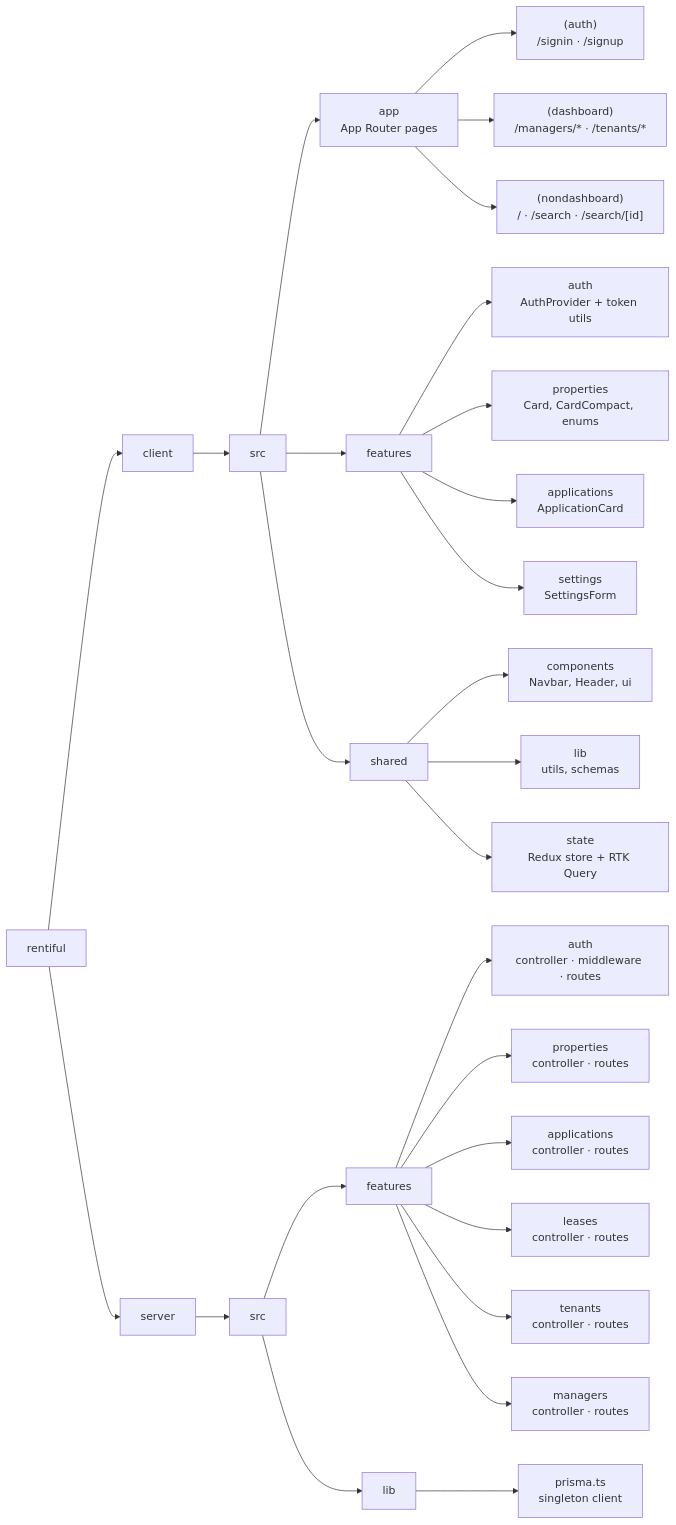
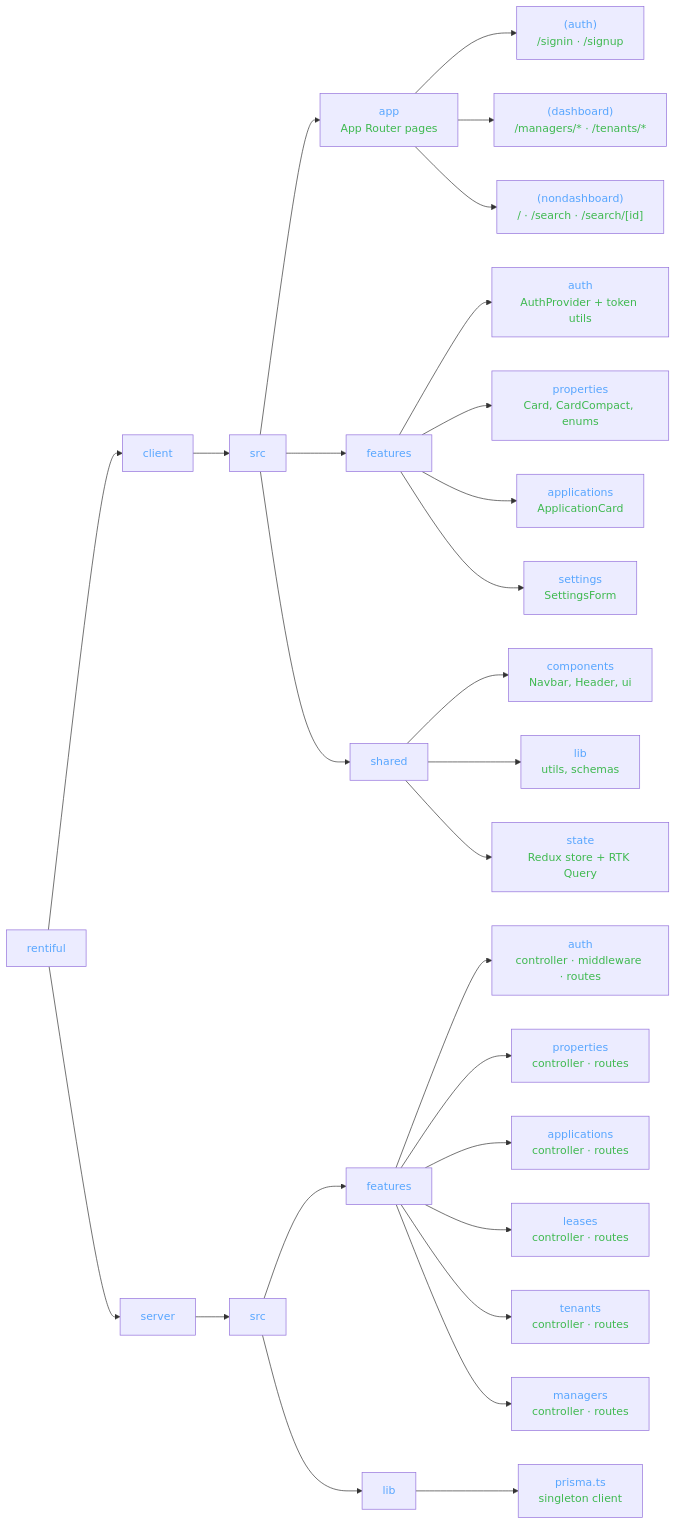
The first of 2 diagrams in README.md (cirostackdev/RENTIFUL), drawn with Mermaid before and after one commit.

Commit message:
docs: color directory node names blue and descriptions green

````diff
--- a/README.md
+++ b/README.md
@@ -93,39 +93,39 @@
 ```mermaid
 graph LR
-    root["rentiful"]
+    root["<font color=#58a6ff>rentiful</font>"]
 
-    root --> client["client"]
-    root --> server["server"]
+    root --> client["<font color=#58a6ff>client</font>"]
+    root --> server["<font color=#58a6ff>server</font>"]
 
-    client --> csrc["src"]
-    server --> ssrc["src"]
+    client --> csrc["<font color=#58a6ff>src</font>"]
+    server --> ssrc["<font color=#58a6ff>src</font>"]
 
-    csrc --> app["app\nApp Router pages"]
-    csrc --> features_c["features"]
-    csrc --> shared["shared"]
+    csrc --> app["<font color=#58a6ff>app</font><br/><font color=#3fb950>App Router pages</font>"]
+    csrc --> features_c["<font color=#58a6ff>features</font>"]
+    csrc --> shared["<font color=#58a6ff>shared</font>"]
 
-    app --> auth_p["(auth)\n/signin · /signup"]
-    app --> dash_p["(dashboard)\n/managers/* · /tenants/*"]
-    app --> nondash_p["(nondashboard)\n/ · /search · /search/[id]"]
+    app --> auth_p["<font color=#58a6ff>(auth)</font><br/><font color=#3fb950>/signin · /signup</font>"]
+    app --> dash_p["<font color=#58a6ff>(dashboard)</font><br/><font color=#3fb950>/managers/* · /tenants/*</font>"]
+    app --> nondash_p["<font color=#58a6ff>(nondashboard)</font><br/><font color=#3fb950>/ · /search · /search/[id]</font>"]
 
-    features_c --> auth_f["auth\nAuthProvider + token utils"]
-    features_c --> props_f["properties\nCard, CardCompact, enums"]
-    features_c --> apps_f["applications\nApplicationCard"]
-    features_c --> settings_f["settings\nSettingsForm"]
+    features_c --> auth_f["<font color=#58a6ff>auth</font><br/><font color=#3fb950>AuthProvider + token utils</font>"]
+    features_c --> props_f["<font color=#58a6ff>properties</font><br/><font color=#3fb950>Card, CardCompact, enums</font>"]
+    features_c --> apps_f["<font color=#58a6ff>applications</font><br/><font color=#3fb950>ApplicationCard</font>"]
+    features_c --> settings_f["<font color=#58a6ff>settings</font><br/><font color=#3fb950>SettingsForm</font>"]
 
-    shared --> comp["components\nNavbar, Header, ui"]
-    shared --> lib_c["lib\nutils, schemas"]
-    shared --> state["state\nRedux store + RTK Query"]
+    shared --> comp["<font color=#58a6ff>components</font><br/><font color=#3fb950>Navbar, Header, ui</font>"]
+    shared --> lib_c["<font color=#58a6ff>lib</font><br/><font color=#3fb950>utils, schemas</font>"]
+    shared --> state["<font color=#58a6ff>state</font><br/><font color=#3fb950>Redux store + RTK Query</font>"]
 
-    ssrc --> features_s["features"]
-    ssrc --> lib_s["lib"]
+    ssrc --> features_s["<font color=#58a6ff>features</font>"]
+    ssrc --> lib_s["<font color=#58a6ff>lib</font>"]
 
-    features_s --> auth_s["auth\ncontroller · middleware · routes"]
-    features_s --> props_s["properties\ncontroller · routes"]
-    features_s --> apps_s["applications\ncontroller · routes"]
-    features_s --> leases_s["leases\ncontroller · routes"]
-    features_s --> tenants_s["tenants\ncontroller · routes"]
-    features_s --> managers_s["managers\ncontroller · routes"]
+    features_s --> auth_s["<font color=#58a6ff>auth</font><br/><font color=#3fb950>controller · middleware · routes</font>"]
+    features_s --> props_s["<font color=#58a6ff>properties</font><br/><font color=#3fb950>controller · routes</font>"]
+    features_s --> apps_s["<font color=#58a6ff>applications</font><br/><font color=#3fb950>controller · routes</font>"]
+    features_s --> leases_s["<font color=#58a6ff>leases</font><br/><font color=#3fb950>controller · routes</font>"]
+    features_s --> tenants_s["<font color=#58a6ff>tenants</font><br/><font color=#3fb950>controller · routes</font>"]
+    features_s --> managers_s["<font color=#58a6ff>managers</font><br/><font color=#3fb950>controller · routes</font>"]
 
-    lib_s --> prisma["prisma.ts\nsingleton client"]
+    lib_s --> prisma["<font color=#58a6ff>prisma.ts</font><br/><font color=#3fb950>singleton client</font>"]
 ```
````
